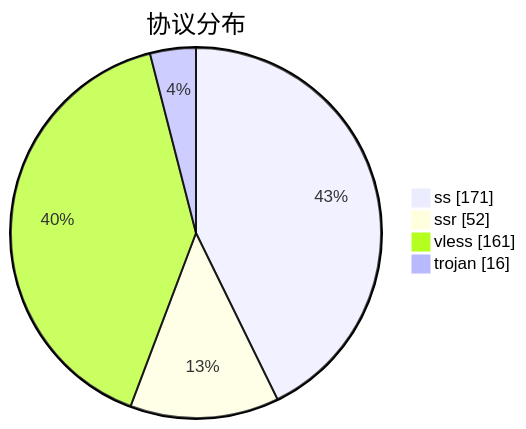
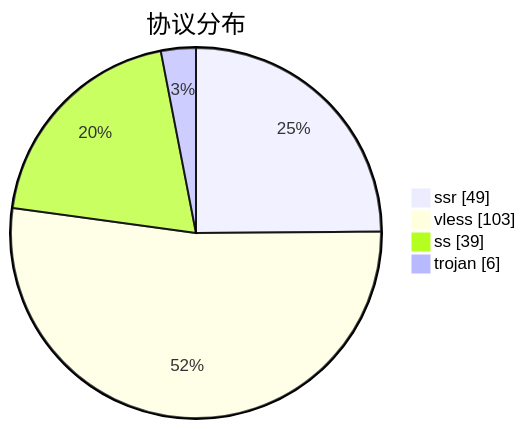
Before and after one commit to qjlxg/airport: the third of 3 diagrams in subs/statistics/tested_within.md, drawn with Mermaid. The commit also changed other lines of this file and 2 other files, not shown here.

````diff
--- a/subs/statistics/tested_within.md
+++ b/subs/statistics/tested_within.md
@@ -18,8 +17,8 @@
 ```mermaid
 pie showData
 title 协议分布
-"ss" : 171
-"ssr" : 52
-"vless" : 161
-"trojan" : 16
+"ssr" : 49
+"vless" : 103
+"ss" : 39
+"trojan" : 6
 ```
````
